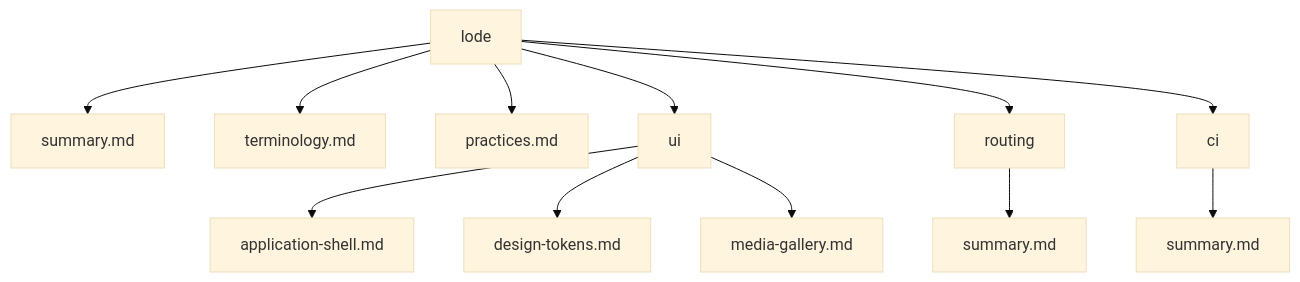
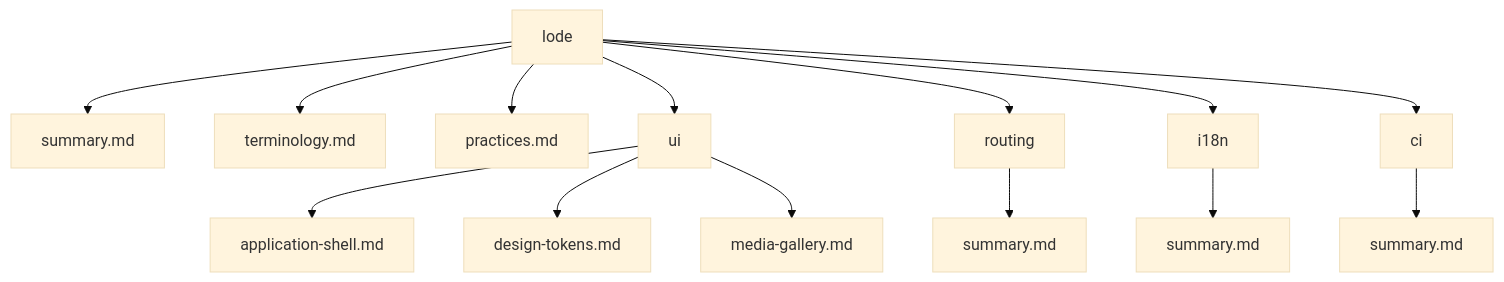
The diagram in lode/lode-map.md (Zwezh/media-shelf), drawn with Mermaid (base theme) before and after one commit. The commit also changed other lines of this file and 56 other files, not shown here.

````diff
--- a/lode/lode-map.md
+++ b/lode/lode-map.md
@@ -19,14 +20,16 @@
 ```mermaid
 flowchart TD
   Root[lode] --> Summary[summary.md]
   Root --> Terms[terminology.md]
   Root --> Practices[practices.md]
   Root --> UI[ui]
   UI --> UIShell[application-shell.md]
   UI --> UITokens[design-tokens.md]
   UI --> MediaGallery[media-gallery.md]
   Root --> Routing[routing]
   Routing --> RouteSummary[summary.md]
+  Root --> I18n[i18n]
+  I18n --> I18nSummary[summary.md]
   Root --> CI[ci]
   CI --> CISummary[summary.md]
 ```
````
